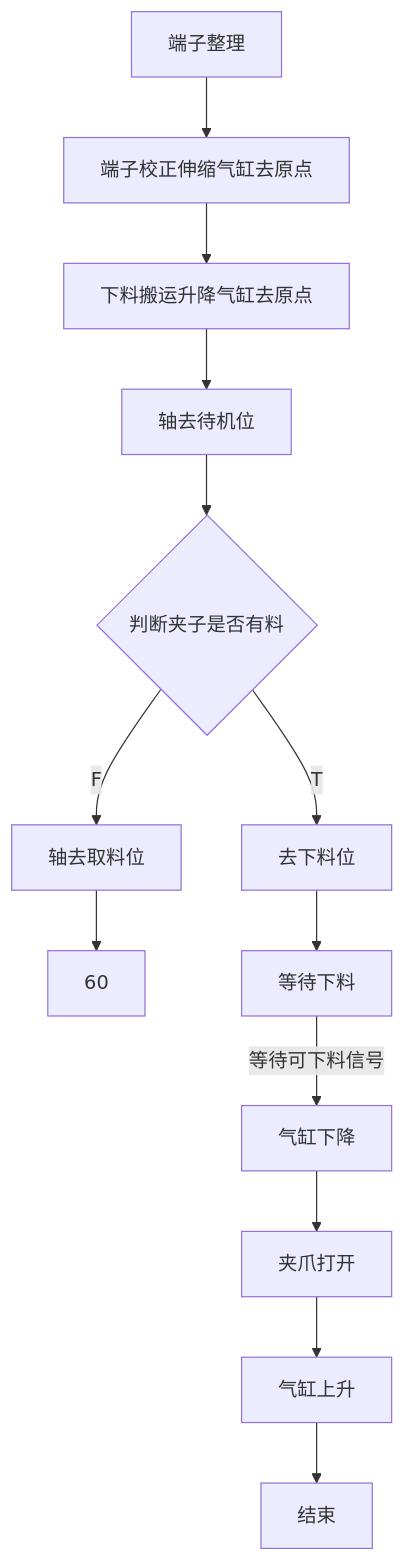
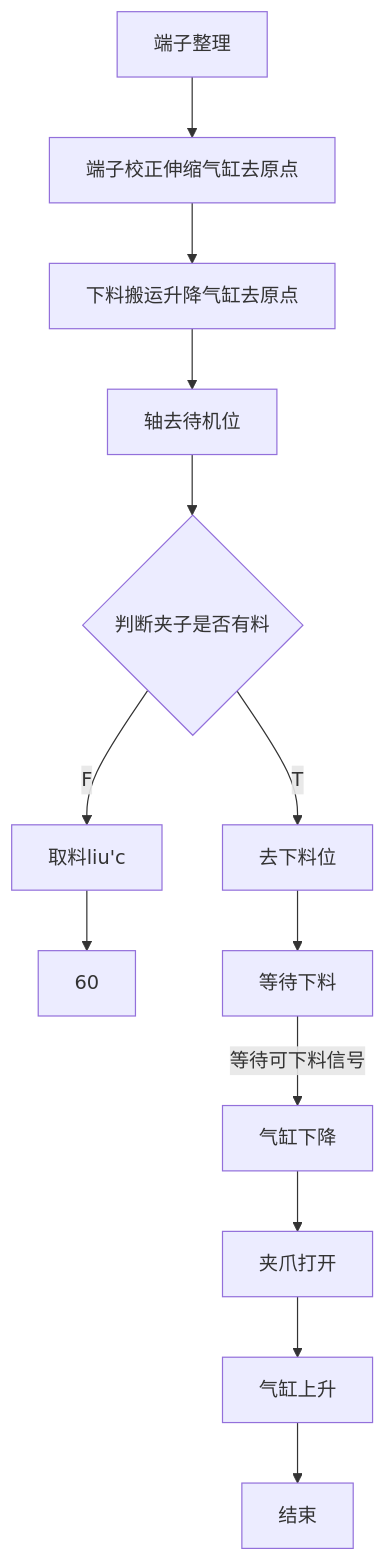
Before and after one commit to zmq000/iodraw-files: the diagram in all/VR-OP90端子整理.md, drawn with Mermaid.

Commit message:
2026-06-18 11:08:57 update

````diff
--- a/all/VR-OP90端子整理.md
+++ b/all/VR-OP90端子整理.md
@@ -1,26 +1,26 @@
 ```mermaid
 graph TD
 0[端子整理]-->10
 10[端子校正伸缩气缸去原点]-->20
 20[下料搬运升降气缸去原点]-->30
 30[轴去待机位]-->40
 40{判断夹子是否有料}-->|T|130
 40-->|F|50
-50[轴去取料位]-->60
+50[取料liu'c]-->60
 %% 60[夹爪打开]-->70
 %% 70[下降到位]-->80
 %% 80[夹爪加紧]-->90
 %% 90[校正伸出]-->100
 %% 100[预留]-->110
 %% 110[校正缩回]-->120
 %% 120[气缸上升]-->130
 130[去下料位]-->140
 140[等待下料]-->|等待可下料信号|150
 150[气缸下降]-->160
 160[夹爪打开]-->170
 170[气缸上升]-->180
 180[结束]
 
 
   
 ```
````
